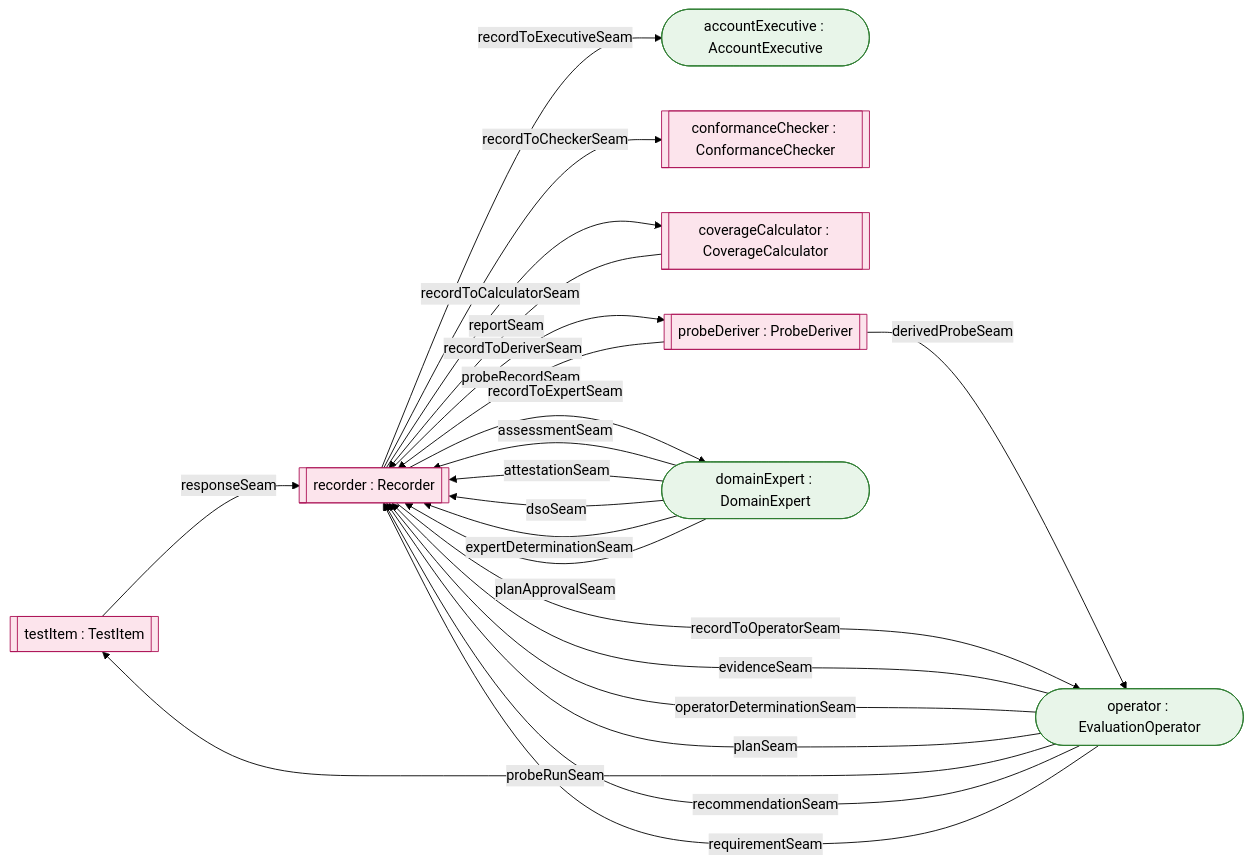
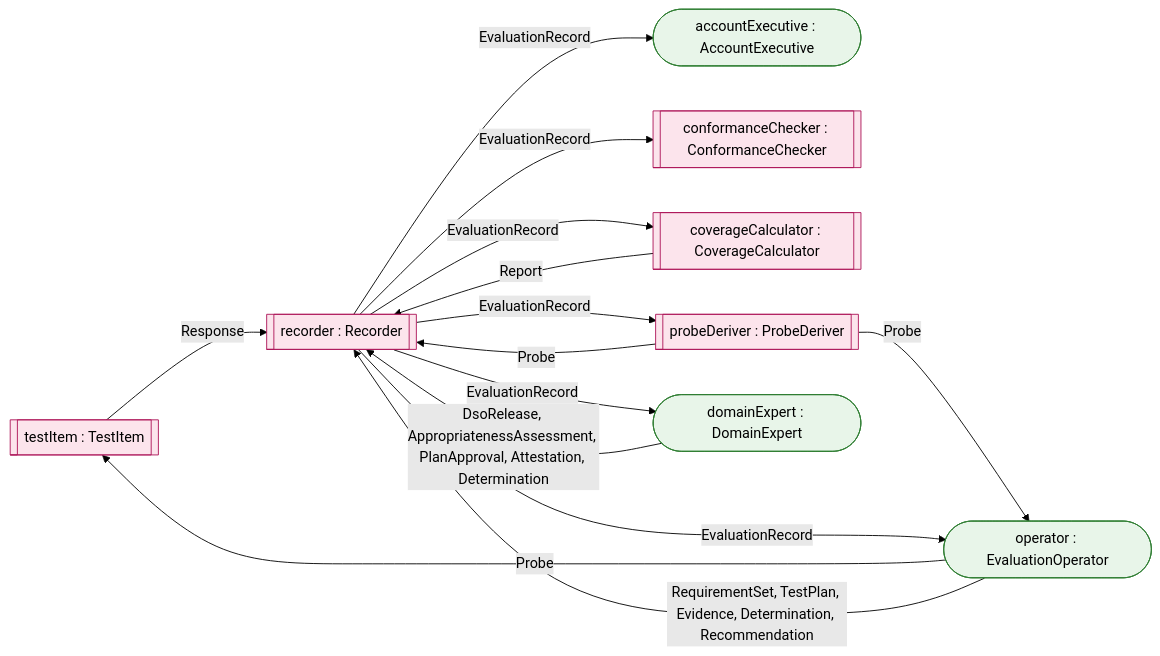
Before and after one commit to DynamicalSystemsGroup/og-caie-spec: the diagram in generated/wiring-evaluation.md, drawn with Mermaid (forest theme). The commit also changed other lines of this file and 28 other files, not shown here.

````diff
--- a/generated/wiring-evaluation.md
+++ b/generated/wiring-evaluation.md
@@ -1,37 +3,29 @@
 ```{mermaid}
 flowchart LR
   accountable_testItem[["testItem : TestItem"]]
   testingOrg_accountExecutive(["accountExecutive : AccountExecutive"])
   testingOrg_conformanceChecker[["conformanceChecker : ConformanceChecker"]]
   testingOrg_coverageCalculator[["coverageCalculator : CoverageCalculator"]]
   testingOrg_probeDeriver[["probeDeriver : ProbeDeriver"]]
   testingOrg_recorder[["recorder : Recorder"]]
   testingOrg_team_domainExpert(["domainExpert : DomainExpert"])
   testingOrg_team_operator(["operator : EvaluationOperator"])
-  testingOrg_team_domainExpert -- "assessmentSeam" --> testingOrg_recorder
-  testingOrg_team_domainExpert -- "attestationSeam" --> testingOrg_recorder
-  testingOrg_probeDeriver -- "derivedProbeSeam" --> testingOrg_team_operator
-  testingOrg_team_domainExpert -- "dsoSeam" --> testingOrg_recorder
-  testingOrg_team_operator -- "evidenceSeam" --> testingOrg_recorder
-  testingOrg_team_domainExpert -- "expertDeterminationSeam" --> testingOrg_recorder
-  testingOrg_team_operator -- "operatorDeterminationSeam" --> testingOrg_recorder
-  testingOrg_team_domainExpert -- "planApprovalSeam" --> testingOrg_recorder
-  testingOrg_team_operator -- "planSeam" --> testingOrg_recorder
-  testingOrg_probeDeriver -- "probeRecordSeam" --> testingOrg_recorder
-  testingOrg_team_operator -- "probeRunSeam" --> accountable_testItem
-  testingOrg_team_operator -- "recommendationSeam" --> testingOrg_recorder
-  testingOrg_recorder -- "recordToCalculatorSeam" --> testingOrg_coverageCalculator
-  testingOrg_recorder -- "recordToCheckerSeam" --> testingOrg_conformanceChecker
-  testingOrg_recorder -- "recordToDeriverSeam" --> testingOrg_probeDeriver
-  testingOrg_recorder -- "recordToExecutiveSeam" --> testingOrg_accountExecutive
-  testingOrg_recorder -- "recordToExpertSeam" --> testingOrg_team_domainExpert
-  testingOrg_recorder -- "recordToOperatorSeam" --> testingOrg_team_operator
-  testingOrg_coverageCalculator -- "reportSeam" --> testingOrg_recorder
-  testingOrg_team_operator -- "requirementSeam" --> testingOrg_recorder
-  accountable_testItem -- "responseSeam" --> testingOrg_recorder
+  accountable_testItem -- "Response" --> testingOrg_recorder
+  testingOrg_coverageCalculator -- "Report" --> testingOrg_recorder
+  testingOrg_probeDeriver -- "Probe" --> testingOrg_recorder
+  testingOrg_probeDeriver -- "Probe" --> testingOrg_team_operator
+  testingOrg_recorder -- "EvaluationRecord" --> testingOrg_accountExecutive
+  testingOrg_recorder -- "EvaluationRecord" --> testingOrg_conformanceChecker
+  testingOrg_recorder -- "EvaluationRecord" --> testingOrg_coverageCalculator
+  testingOrg_recorder -- "EvaluationRecord" --> testingOrg_probeDeriver
+  testingOrg_recorder -- "EvaluationRecord" --> testingOrg_team_domainExpert
+  testingOrg_recorder -- "EvaluationRecord" --> testingOrg_team_operator
+  testingOrg_team_domainExpert -- "DsoRelease, AppropriatenessAssessment, PlanApproval, Attestation, Determination" --> testingOrg_recorder
+  testingOrg_team_operator -- "Probe" --> accountable_testItem
+  testingOrg_team_operator -- "RequirementSet, TestPlan, Evidence, Determination, Recommendation" --> testingOrg_recorder
   classDef person fill:#e8f5e9,stroke:#2e7d32;
   classDef machine fill:#fce4ec,stroke:#ad1457;
   classDef party fill:#fff8e1,stroke:#f9a825,stroke-dasharray: 4 4;
   class testingOrg_accountExecutive,testingOrg_team_domainExpert,testingOrg_team_operator person;
   class accountable_testItem,testingOrg_conformanceChecker,testingOrg_coverageCalculator,testingOrg_probeDeriver,testingOrg_recorder machine;
 ```
````
